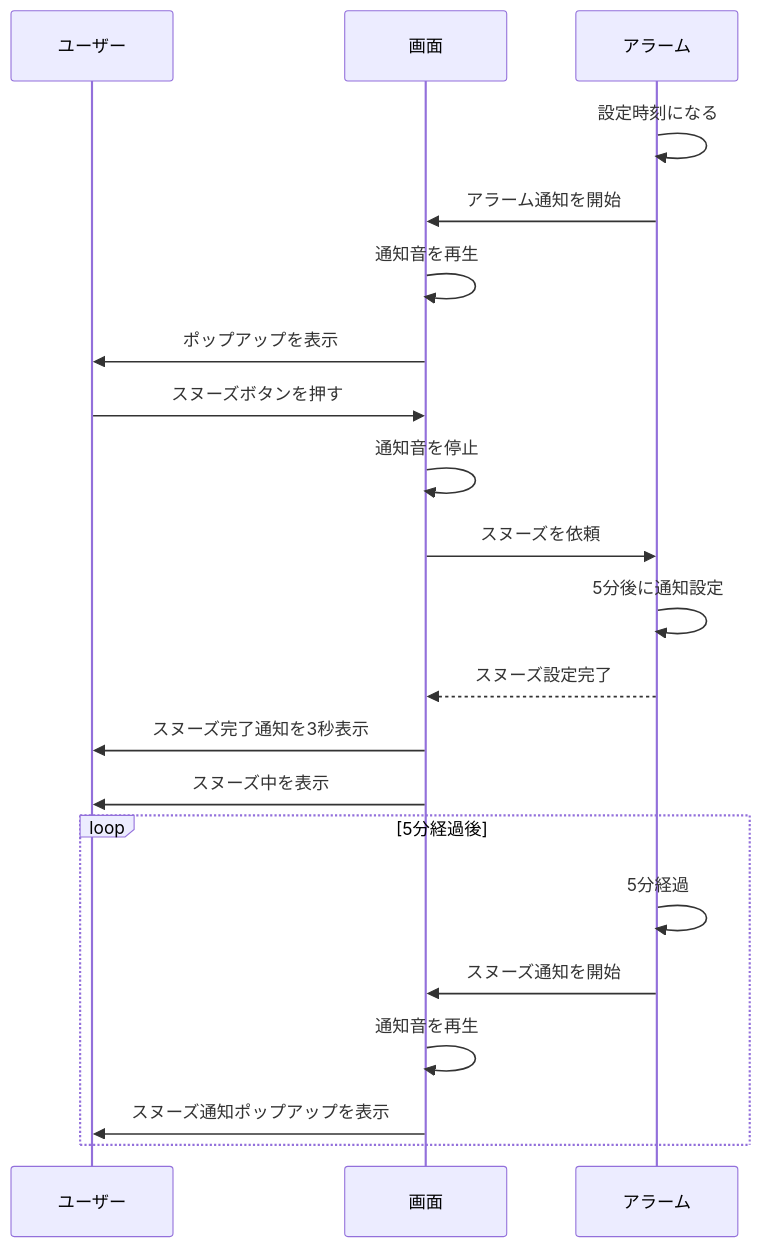
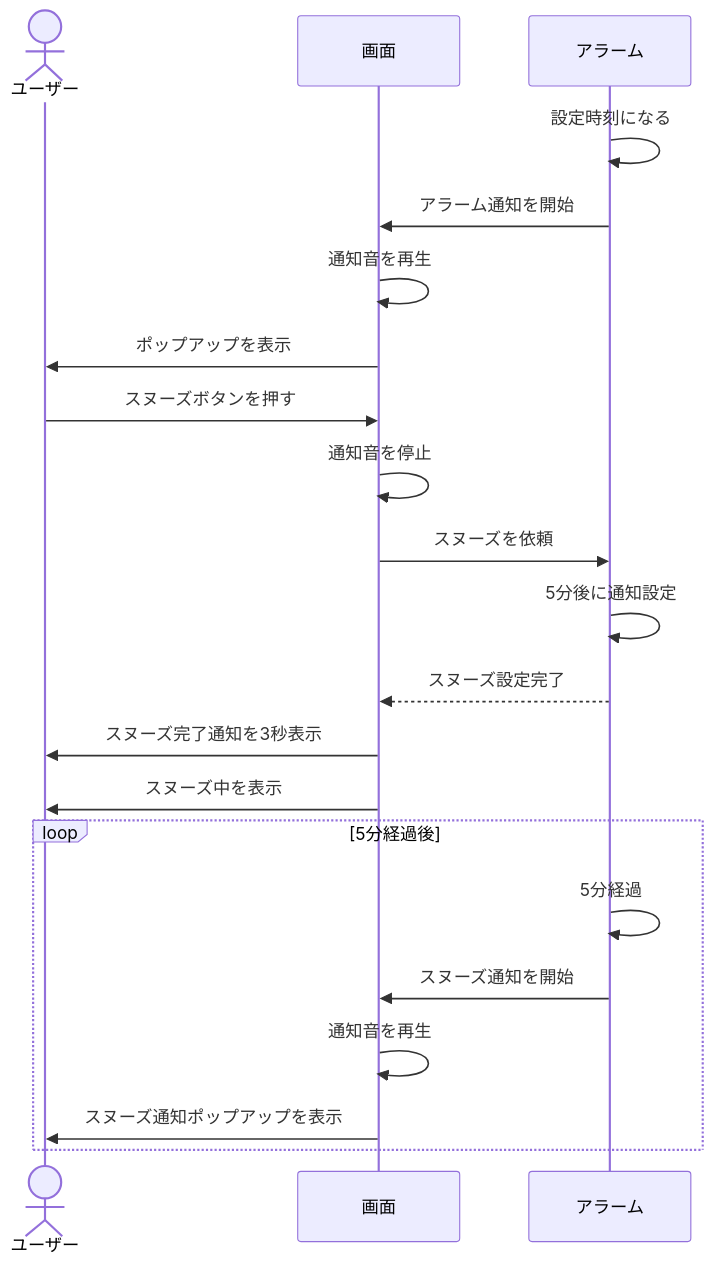
One commit to arisa-portfolio/timer-ts changed the third of 4 diagrams in docs/設計/シーケンス図/alarm-sequence.md. Above: the diagram before and after it, drawn with Mermaid. The commit also changed other lines of this file and 1 other file, not shown here.

````diff
--- a/docs/設計/シーケンス図/alarm-sequence.md
+++ b/docs/設計/シーケンス図/alarm-sequence.md
@@ -45,26 +45,26 @@
 ```mermaid
 sequenceDiagram
-    participant User as ユーザー
+    actor User as ユーザー
     participant UI as 画面
     participant Alarm as アラーム
 
     Alarm->>Alarm: 設定時刻になる
     Alarm->>UI: アラーム通知を開始
     UI->>UI: 通知音を再生
     UI->>User: ポップアップを表示
 
     User->>UI: スヌーズボタンを押す
     UI->>UI: 通知音を停止
     UI->>Alarm: スヌーズを依頼
     Alarm->>Alarm: 5分後に通知設定
     Alarm-->>UI: スヌーズ設定完了
     UI->>User: スヌーズ完了通知を3秒表示
     UI->>User: スヌーズ中を表示
 
     loop 5分経過後
         Alarm->>Alarm: 5分経過
         Alarm->>UI: スヌーズ通知を開始
         UI->>UI: 通知音を再生
         UI->>User: スヌーズ通知ポップアップを表示
     end
 ```
````
